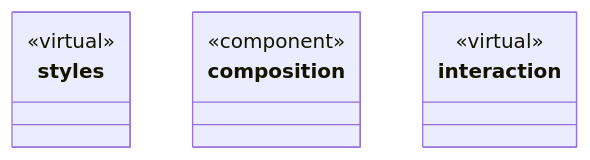
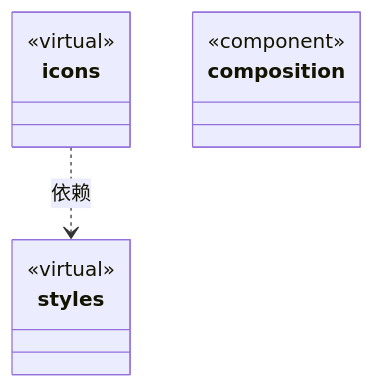
One commit to nan023062/cbim changed the second of 2 diagrams in src/framework-ui/ARCHITECTURE.md. Above: the diagram before and after it, drawn with Mermaid. The commit also changed other lines of this file and 15 other files, not shown here.

````diff
--- a/src/framework-ui/ARCHITECTURE.md
+++ b/src/framework-ui/ARCHITECTURE.md
@@ -71,15 +71,16 @@
 ```mermaid
 classDiagram
 class N_a59843e9a435["styles"] {
   <<virtual>>
 }
 click N_a59843e9a435 href "styles/ARCHITECTURE.md"
+class N_3db91ab854e7["icons"] {
+  <<virtual>>
+}
+click N_3db91ab854e7 href "icons/ARCHITECTURE.md"
 class N_dfa48aac2ad8["composition"] {
   <<component>>
 }
 click N_dfa48aac2ad8 href "composition.tsx"
-class N_edb47f0763e2["interaction"] {
-  <<virtual>>
-}
-click N_edb47f0763e2 href "interaction/ARCHITECTURE.md"
+N_3db91ab854e7 ..> N_a59843e9a435 : 依赖
 ```
````
